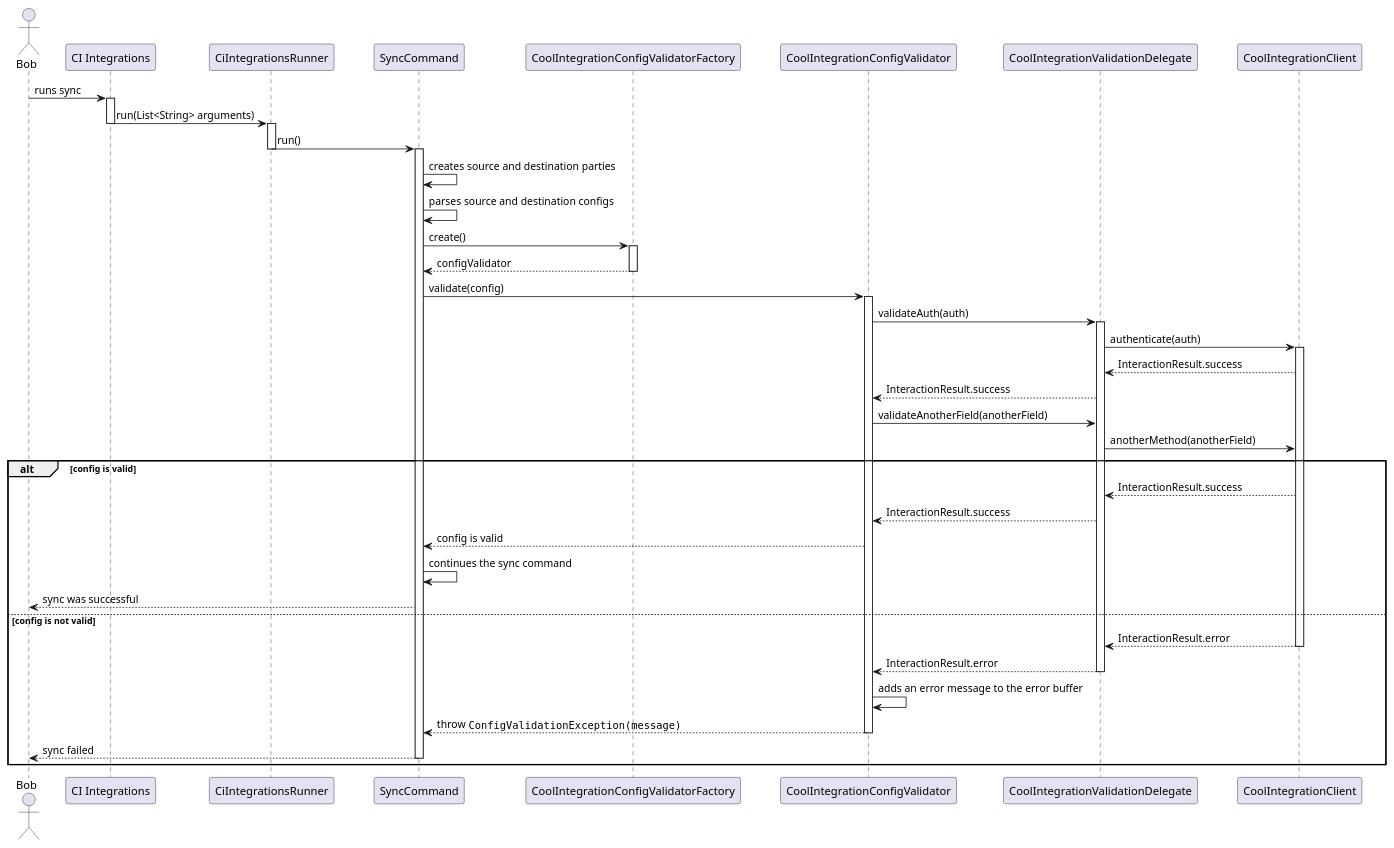
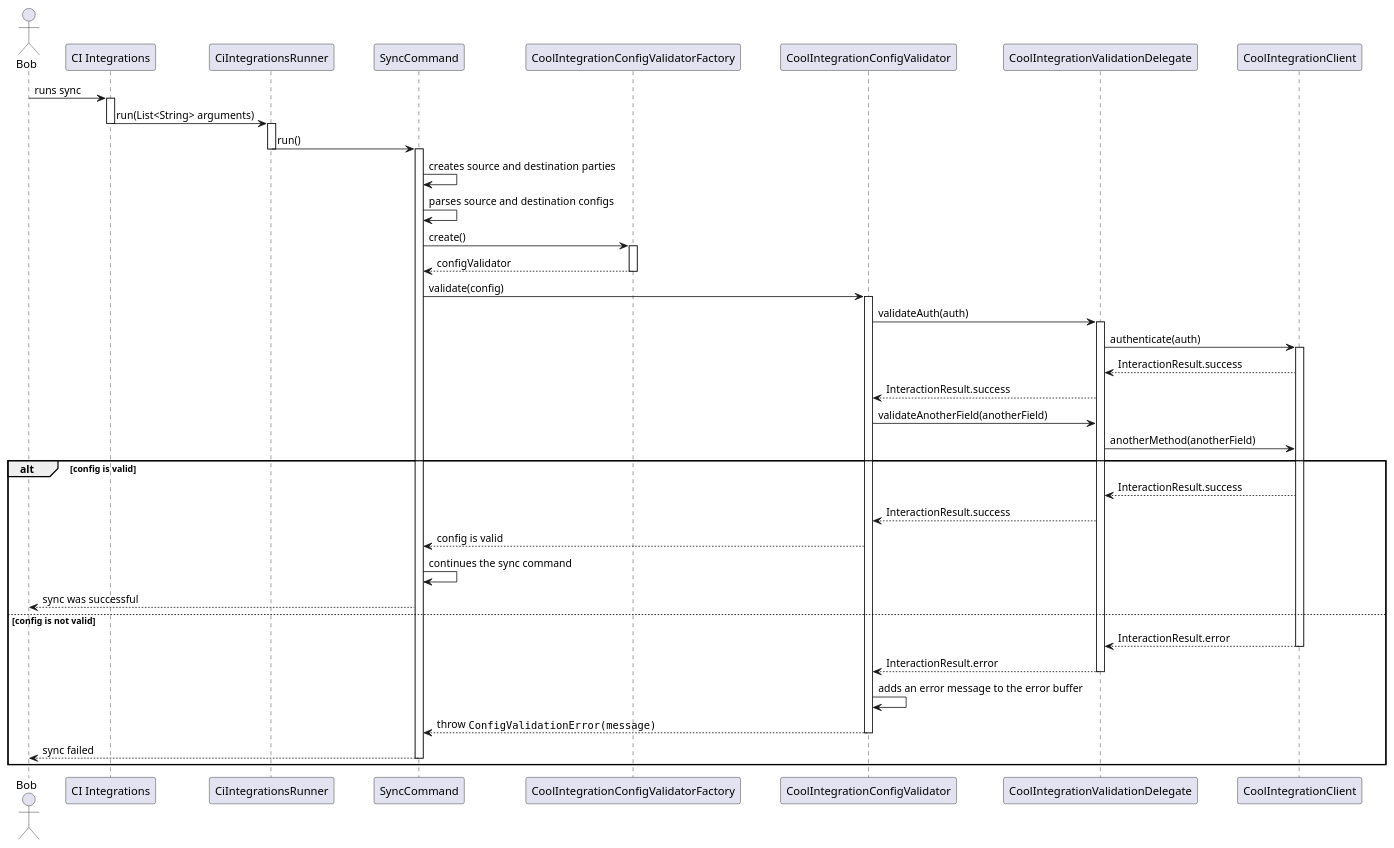
The diagram in metrics/ci_integrations/docs/diagrams/ci_integrations_config_validator_sequence_diagram.puml (Flank/flank-dashboard), drawn with PlantUML before and after one commit. The commit also changed 4 other files, not shown here.

Commit message:
Fix config validation error. Minor doc improvements

```diff
--- a/metrics/ci_integrations/docs/diagrams/ci_integrations_config_validator_sequence_diagram.puml
+++ b/metrics/ci_integrations/docs/diagrams/ci_integrations_config_validator_sequence_diagram.puml
@@ -1,78 +1,78 @@
 @startuml ci_integrations_config_validator_sequence_diagram
 
 skinparam ParticipantPadding 20
 skinparam BoxPadding 10
 
 actor Bob
 
 participant "CI Integrations"
 participant CiIntegrationsRunner
 participant SyncCommand
 participant CoolIntegrationConfigValidatorFactory
 participant CoolIntegrationConfigValidator
 participant CoolIntegrationValidationDelegate
 participant CoolIntegrationClient
 
 Bob -> "CI Integrations" : runs sync
 activate "CI Integrations"
 
 "CI Integrations" -> CiIntegrationsRunner: run(List<String> arguments)
 deactivate "CI Integrations"
 activate CiIntegrationsRunner
 
 CiIntegrationsRunner -> SyncCommand: run()
 deactivate CiIntegrationsRunner
 activate SyncCommand
 
 SyncCommand -> SyncCommand : creates source and destination parties
 SyncCommand -> SyncCommand : parses source and destination configs
 
 SyncCommand -> CoolIntegrationConfigValidatorFactory : create()
 activate CoolIntegrationConfigValidatorFactory
 
 CoolIntegrationConfigValidatorFactory --> SyncCommand : configValidator
 deactivate CoolIntegrationConfigValidatorFactory
 
 SyncCommand -> CoolIntegrationConfigValidator : validate(config)
 activate CoolIntegrationConfigValidator
 
 CoolIntegrationConfigValidator -> CoolIntegrationValidationDelegate : validateAuth(auth)
 activate CoolIntegrationValidationDelegate
 
 CoolIntegrationValidationDelegate -> CoolIntegrationClient : authenticate(auth)
 activate  CoolIntegrationClient
 
 CoolIntegrationClient --> CoolIntegrationValidationDelegate : InteractionResult.success
 CoolIntegrationValidationDelegate --> CoolIntegrationConfigValidator : InteractionResult.success
 
 CoolIntegrationConfigValidator -> CoolIntegrationValidationDelegate : validateAnotherField(anotherField)
 CoolIntegrationValidationDelegate -> CoolIntegrationClient : anotherMethod(anotherField)
 
 alt config is valid
 
     CoolIntegrationClient --> CoolIntegrationValidationDelegate : InteractionResult.success
     CoolIntegrationValidationDelegate --> CoolIntegrationConfigValidator : InteractionResult.success
 
     CoolIntegrationConfigValidator --> SyncCommand : config is valid
     SyncCommand -> SyncCommand : continues the sync command
     SyncCommand --> Bob : sync was successful
 
 else config is not valid
 
     CoolIntegrationClient --> CoolIntegrationValidationDelegate : InteractionResult.error
     deactivate CoolIntegrationClient
 
     CoolIntegrationValidationDelegate --> CoolIntegrationConfigValidator : InteractionResult.error
     deactivate CoolIntegrationValidationDelegate
 
     CoolIntegrationConfigValidator -> CoolIntegrationConfigValidator : adds an error message to the error buffer
 
-    CoolIntegrationConfigValidator --> SyncCommand : throw ""ConfigValidationException(message)""
+    CoolIntegrationConfigValidator --> SyncCommand : throw ""ConfigValidationError(message)""
     deactivate CoolIntegrationConfigValidator
 
     SyncCommand --> Bob : sync failed
     deactivate SyncCommand
 
 end
 
 @enduml
```
